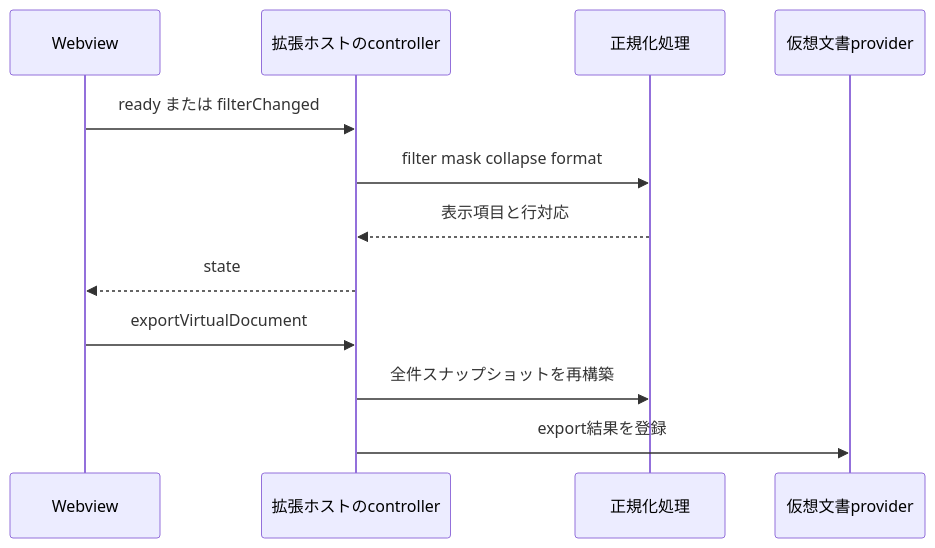
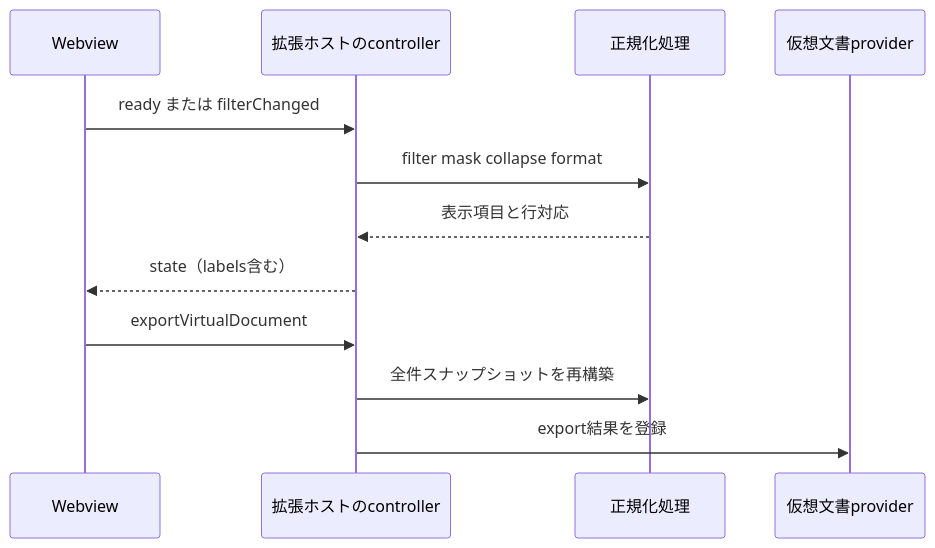
The second of 2 diagrams in openwiki/architecture/overview.md (upu/Totonoe-Log), drawn with Mermaid before and after one commit. The commit also changed other lines of this file and 3 other files, not shown here.

````diff
--- a/openwiki/architecture/overview.md
+++ b/openwiki/architecture/overview.md
@@ -64,14 +64,14 @@
 ```mermaid
 sequenceDiagram
   participant WV as Webview
   participant CT as 拡張ホストのcontroller
   participant NM as 正規化処理
   participant VP as 仮想文書provider
   WV->>CT: ready または filterChanged
   CT->>NM: filter mask collapse format
   NM-->>CT: 表示項目と行対応
-  CT-->>WV: state
+  CT-->>WV: state（labels含む）
   WV->>CT: exportVirtualDocument
   CT->>NM: 全件スナップショットを再構築
   CT->>VP: export結果を登録
 ```
````
